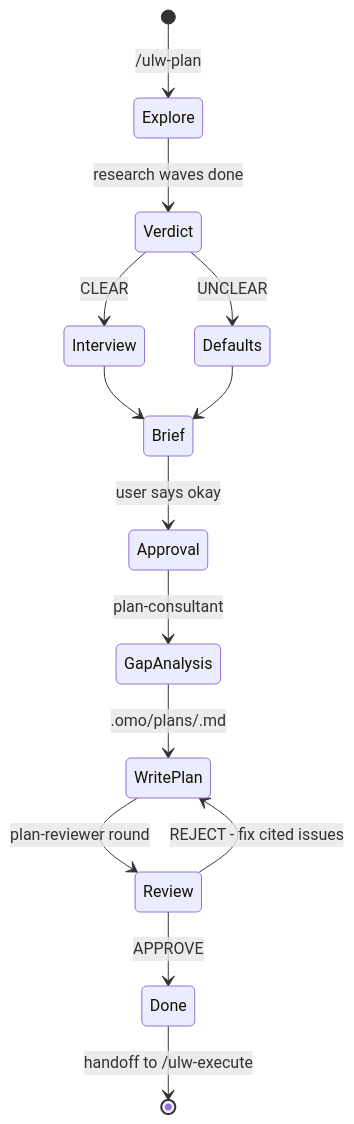
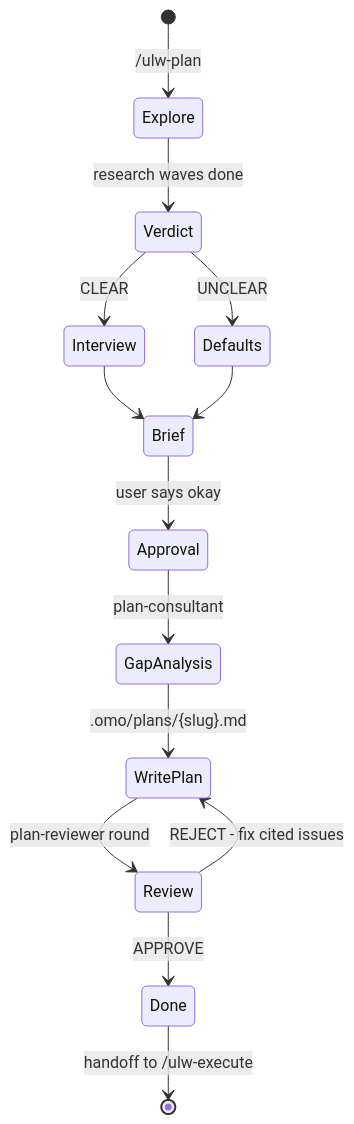
Before and after one commit to code-yeongyu/oh-my-openagent: the second of 2 diagrams in docs/guide/orchestration.md, drawn with Mermaid. The commit also changed other lines of this file and 16 other files, not shown here.

First line of the commit message:
fix(web): render docs Mermaid diagrams as build-time SVG and give headings ids

````diff
--- a/docs/guide/orchestration.md
+++ b/docs/guide/orchestration.md
@@ -101,16 +101,16 @@
 ```mermaid
 stateDiagram-v2
     [*] --> Explore: /ulw-plan
     Explore --> Verdict: research waves done
     Verdict --> Interview: CLEAR
     Verdict --> Defaults: UNCLEAR
     Interview --> Brief
     Defaults --> Brief
     Brief --> Approval: user says okay
     Approval --> GapAnalysis: plan-consultant
-    GapAnalysis --> WritePlan: .omo/plans/<slug>.md
+    GapAnalysis --> WritePlan: .omo/plans/{slug}.md
     WritePlan --> Review: plan-reviewer round
     Review --> WritePlan: REJECT - fix cited issues
     Review --> Done: APPROVE
     Done --> [*]: handoff to /ulw-execute
 ```
````
